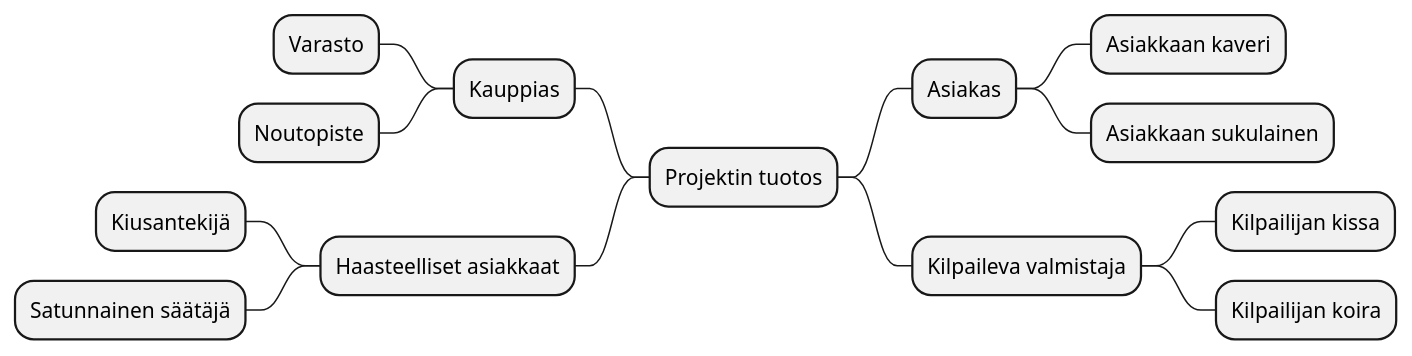
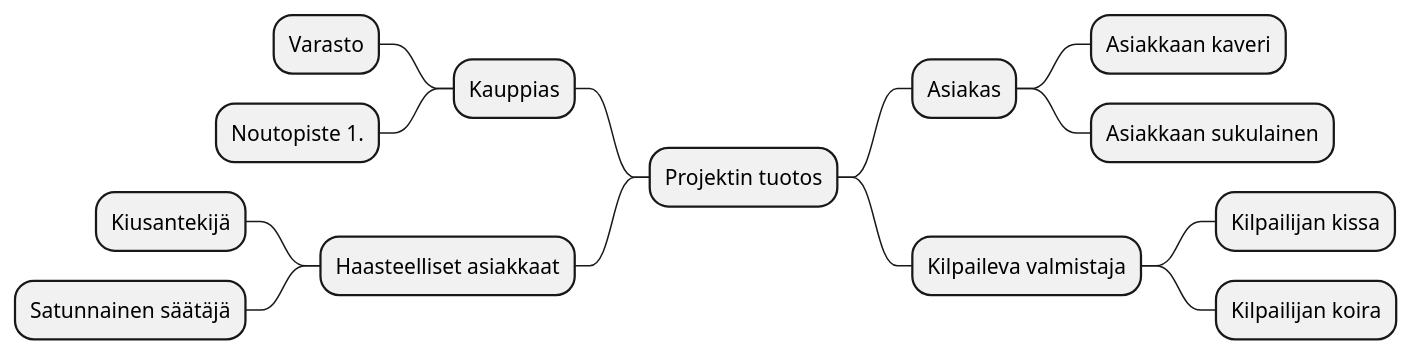
The first of 6 diagrams in dokumentit/20-Vaatimustenhallinta/vaatimusmaaritely-tiivis.md (ninaleo/ransut-core), drawn with PlantUML before and after one commit.

````diff
--- a/dokumentit/20-Vaatimustenhallinta/vaatimusmaaritely-tiivis.md
+++ b/dokumentit/20-Vaatimustenhallinta/vaatimusmaaritely-tiivis.md
@@ -36,18 +36,17 @@
 ```plantuml
 @startmindmap
 + Projektin tuotos
 ++ Asiakas
 +++ Asiakkaan kaveri
 +++ Asiakkaan sukulainen
 ++ Kilpaileva valmistaja
 +++ Kilpailijan kissa
 +++ Kilpailijan koira
 -- Kauppias
 --- Varasto
---- Noutopiste
+--- Noutopiste 1.
 -- Haasteelliset asiakkaat
 --- Kiusantekijä
 --- Satunnainen säätäjä
-
 @endmindmap
 ```
````
